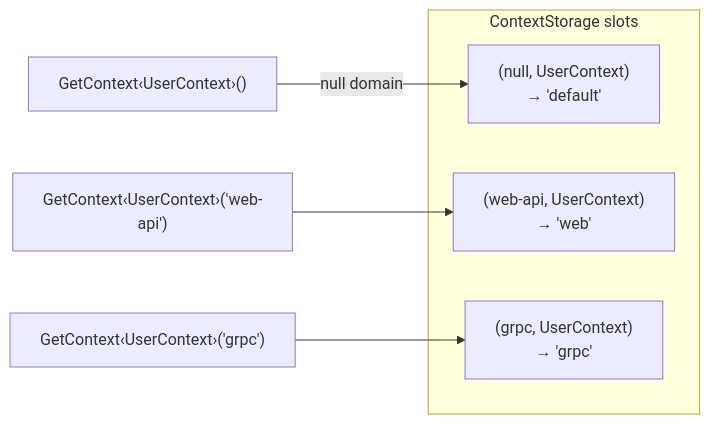
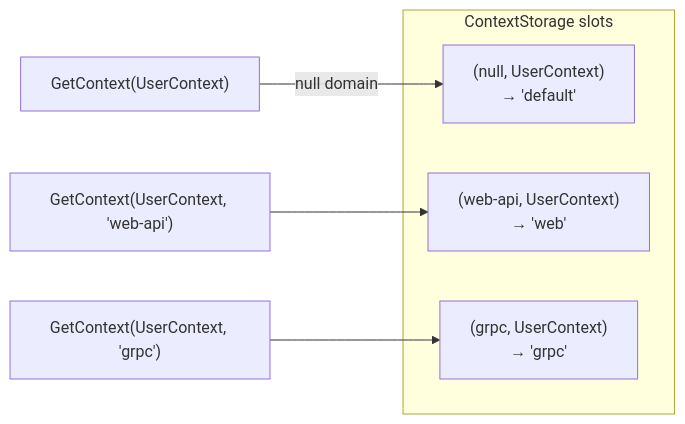
Before and after one commit to arttonoyan/ContextR: the sixth of 8 diagrams in docs/ARCHITECTURE.md, drawn with Mermaid. The commit also changed other lines of this file and 1 other file, not shown here.

First line of the commit message:
Improve Mermaid rendering and update diagram syntax

````diff
--- a/docs/ARCHITECTURE.md
+++ b/docs/ARCHITECTURE.md
@@ -400,12 +400,12 @@
 ```mermaid
 graph LR
     subgraph Storage["ContextStorage slots"]
         Default["(null, UserContext)\n→ 'default'"]
         Web["(web-api, UserContext)\n→ 'web'"]
         Grpc["(grpc, UserContext)\n→ 'grpc'"]
     end
 
-    A1["GetContext‹UserContext›()"] -- "null domain" --> Default
-    A2["GetContext‹UserContext›('web-api')"] --> Web
-    A3["GetContext‹UserContext›('grpc')"] --> Grpc
+    A1["GetContext(UserContext)"] -- "null domain" --> Default
+    A2["GetContext(UserContext, 'web-api')"] --> Web
+    A3["GetContext(UserContext, 'grpc')"] --> Grpc
 ```
````
